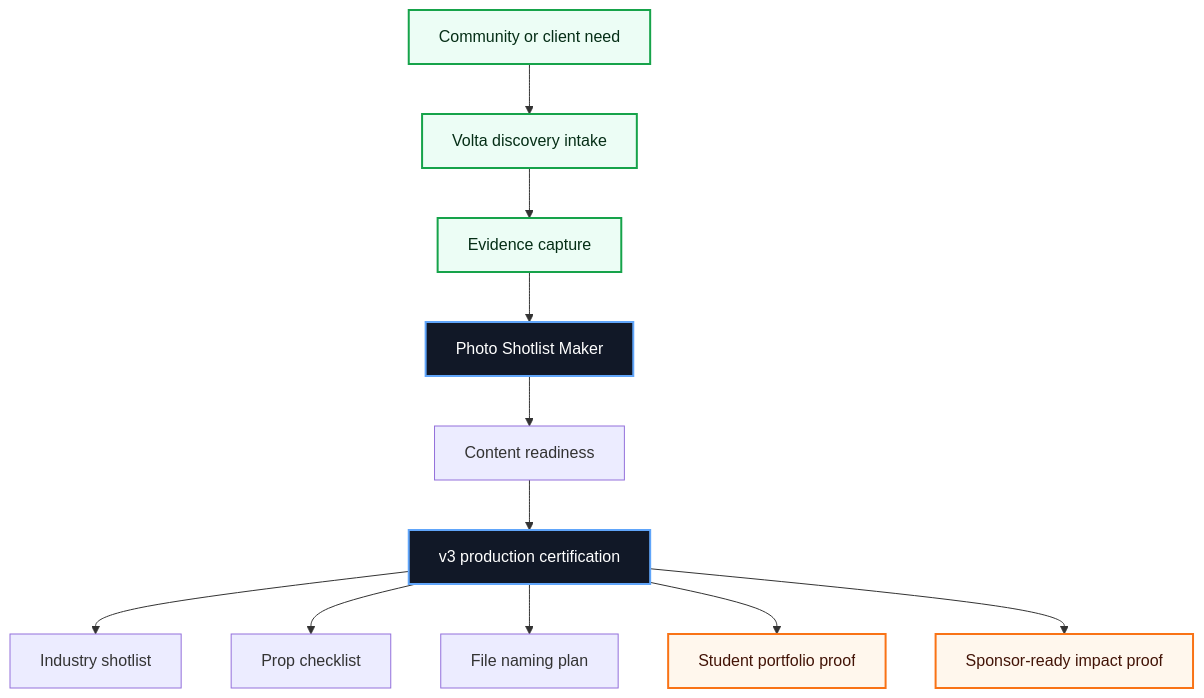
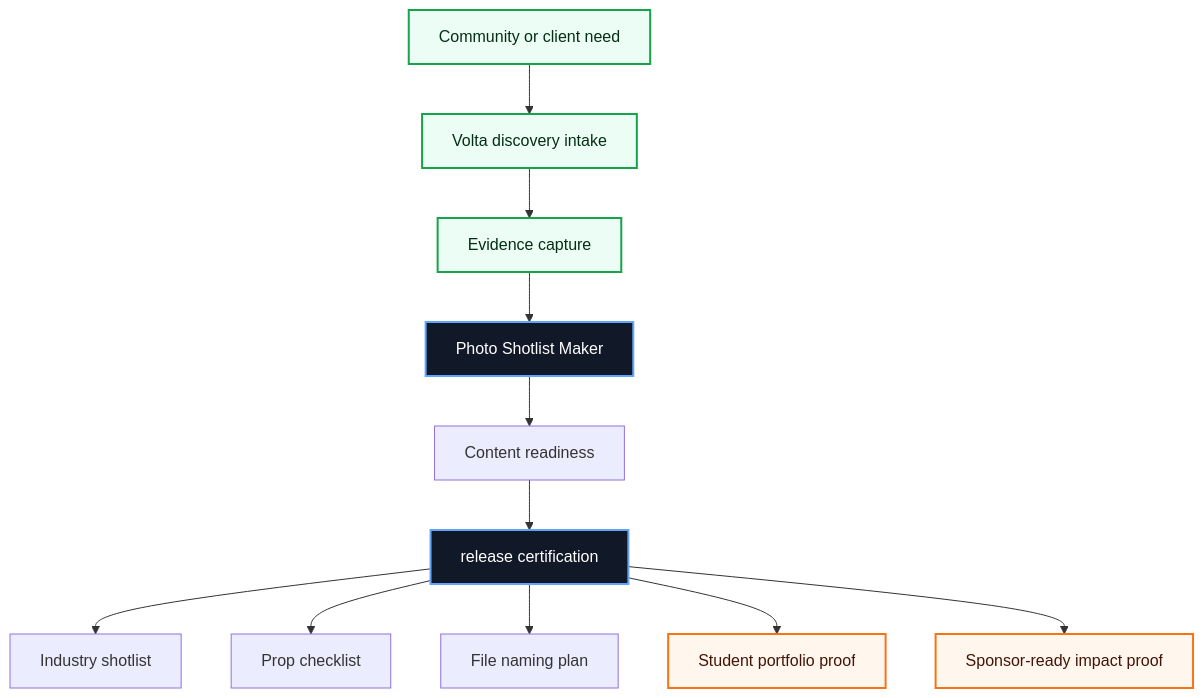
The first of 3 diagrams in README.md (volta-npo/photo-shotlist-maker), drawn with Mermaid before and after one commit. The commit also changed other lines of this file and 28 other files, not shown here.

````diff
--- a/README.md
+++ b/README.md
@@ -43,20 +43,20 @@
 ```mermaid
 flowchart TD
     Need["Community or client need"] --> Intake["Volta discovery intake"]
     Intake --> Evidence["Evidence capture"]
     Evidence --> Workbench["Photo Shotlist Maker"]
     Workbench --> Score["Content readiness"]
-    Score --> Cert["v3 production certification"]
+    Score --> Cert["release certification"]
     Cert --> A1["Industry shotlist"]
     Cert --> A2["Prop checklist"]
     Cert --> A3["File naming plan"]
     Cert --> Student["Student portfolio proof"]
     Cert --> Sponsor["Sponsor-ready impact proof"]
 
     classDef volta fill:#111827,stroke:#60a5fa,color:#ffffff,stroke-width:2px;
     classDef equity fill:#ecfdf5,stroke:#16a34a,color:#052e16,stroke-width:2px;
     classDef proof fill:#fff7ed,stroke:#f97316,color:#431407,stroke-width:2px;
     class Workbench,Cert volta;
     class Need,Intake,Evidence equity;
     class Student,Sponsor proof;
 ```
````
